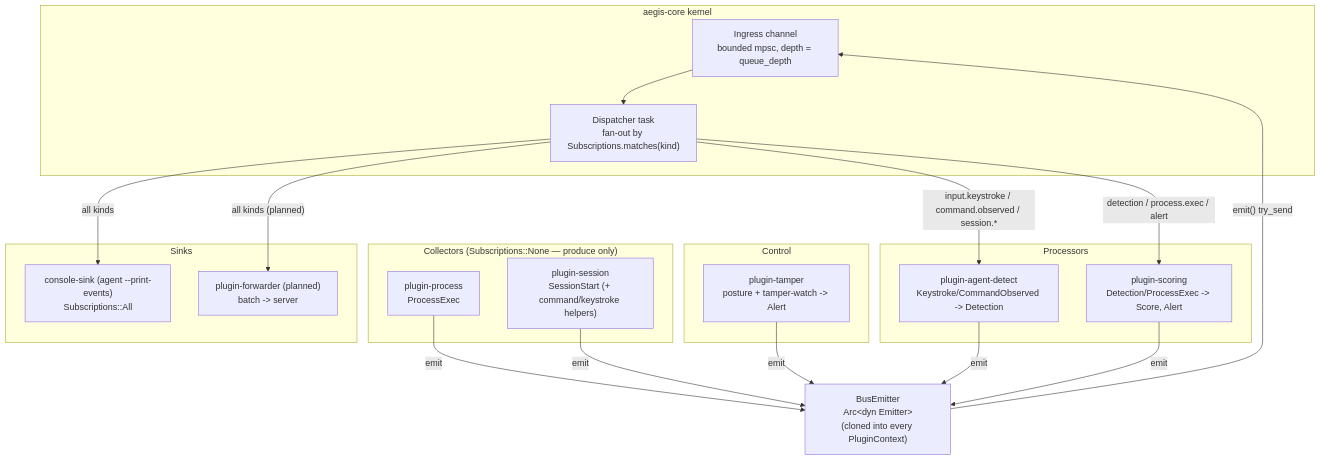
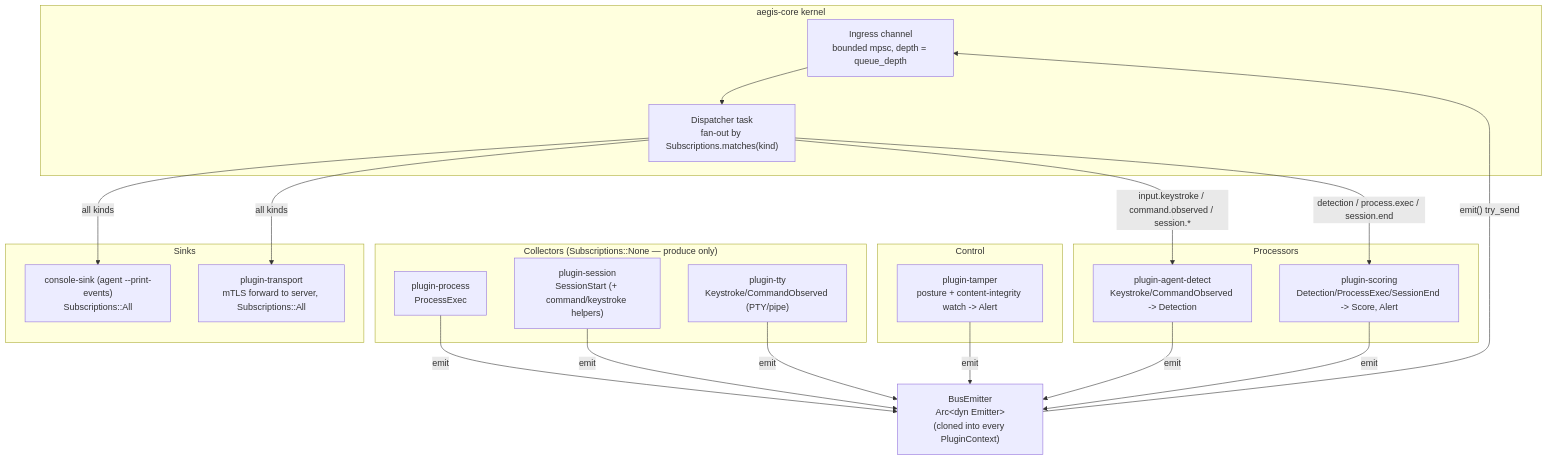
Before and after one commit to AnthonyHerman/insider-threat-profiling: the second of 9 diagrams in docs/ARCHITECTURE.md, drawn with Mermaid. The commit also changed other lines of this file and 7 other files, not shown here.

````diff
--- a/docs/ARCHITECTURE.md
+++ b/docs/ARCHITECTURE.md
@@ -147,41 +170,43 @@
 ```mermaid
 flowchart TB
   subgraph KERNEL["aegis-core kernel"]
     INGRESS["Ingress channel\nbounded mpsc, depth = queue_depth"]
     DISP["Dispatcher task\nfan-out by Subscriptions.matches(kind)"]
     INGRESS --> DISP
   end
 
   EMIT["BusEmitter\nArc&lt;dyn Emitter&gt;\n(cloned into every PluginContext)"]
   EMIT -- "emit() try_send" --> INGRESS
 
   subgraph COL["Collectors (Subscriptions::None — produce only)"]
     PP["plugin-process\nProcessExec"]
     PS["plugin-session\nSessionStart (+ command/keystroke helpers)"]
+    PTTY["plugin-tty\nKeystroke/CommandObserved (PTY/pipe)"]
   end
 
   subgraph PROC["Processors"]
     PAD["plugin-agent-detect\nKeystroke/CommandObserved -> Detection"]
-    PSC["plugin-scoring\nDetection/ProcessExec -> Score, Alert"]
+    PSC["plugin-scoring\nDetection/ProcessExec/SessionEnd -> Score, Alert"]
   end
 
   subgraph CTRL["Control"]
-    PT["plugin-tamper\nposture + tamper-watch -> Alert"]
+    PT["plugin-tamper\nposture + content-integrity watch -> Alert"]
   end
 
   subgraph SINK["Sinks"]
     CONSOLE["console-sink (agent --print-events)\nSubscriptions::All"]
-    FWD["plugin-forwarder (planned)\nbatch -> server"]
+    FWD["plugin-transport\nmTLS forward to server, Subscriptions::All"]
   end
 
   PP -- emit --> EMIT
   PS -- emit --> EMIT
+  PTTY -- emit --> EMIT
   PT -- emit --> EMIT
   PAD -- emit --> EMIT
   PSC -- emit --> EMIT
 
   DISP -- "input.keystroke / command.observed / session.*" --> PAD
-  DISP -- "detection / process.exec / alert" --> PSC
+  DISP -- "detection / process.exec / session.end" --> PSC
   DISP -- "all kinds" --> CONSOLE
-  DISP -- "all kinds (planned)" --> FWD
+  DISP -- "all kinds" --> FWD
 ```
````
